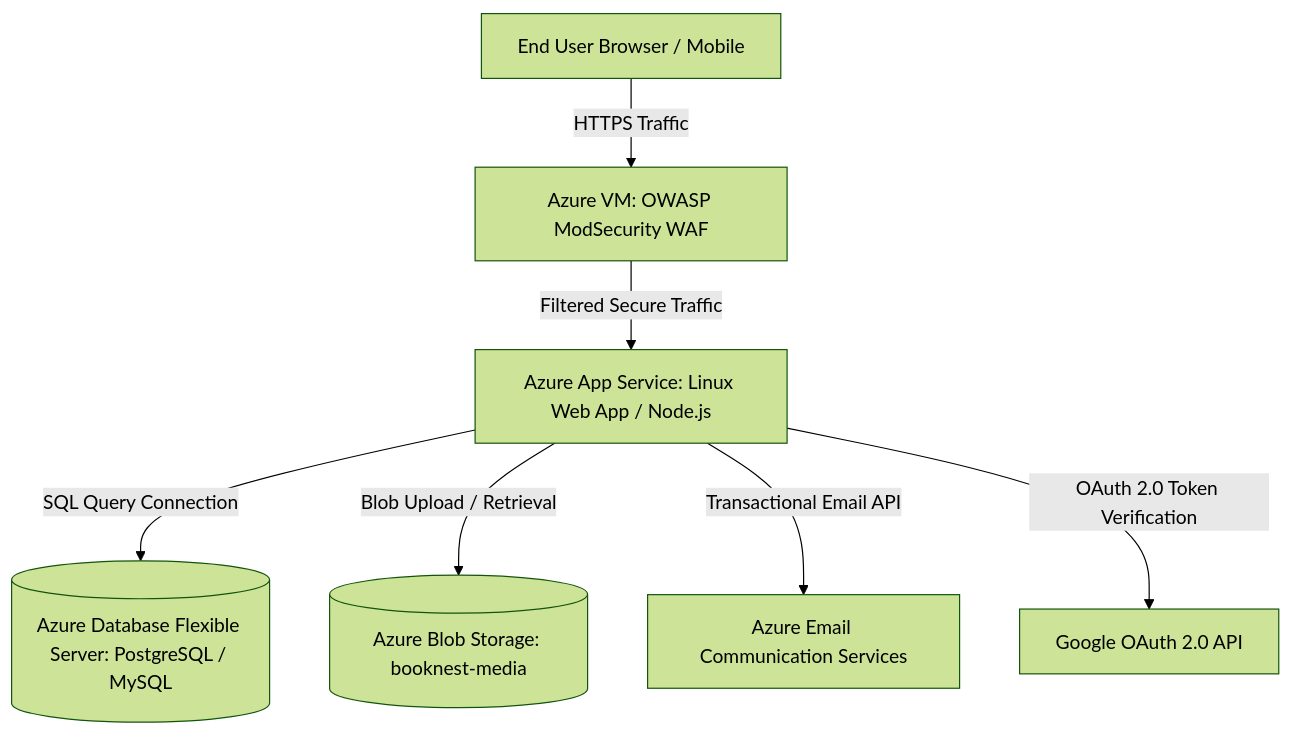
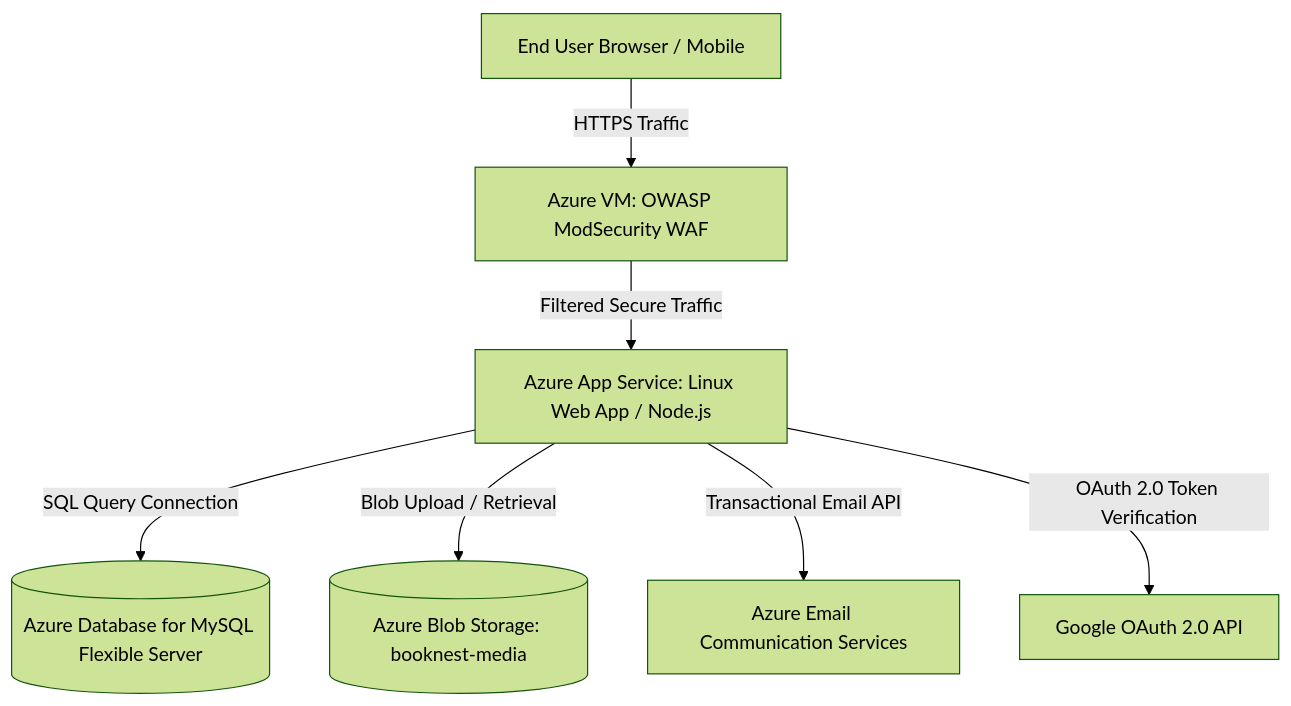
The diagram in AZURE_DEPLOYMENT_GUIDE.md (SupunED/IT42023), drawn with Mermaid (forest theme) before and after one commit. The commit also changed other lines of this file and 8 other files, not shown here.

Commit message:
removed sqlite dependancies entirely and migrated to sql. added sql schema file for future reference

````diff
--- a/AZURE_DEPLOYMENT_GUIDE.md
+++ b/AZURE_DEPLOYMENT_GUIDE.md
@@ -9,9 +9,9 @@
 ```mermaid
 graph TD
     Client[End User Browser / Mobile] -->|HTTPS Traffic| VM[Azure VM: OWASP ModSecurity WAF]
     VM -->|Filtered Secure Traffic| AppService[Azure App Service: Linux Web App / Node.js]
-    AppService -->|SQL Query Connection| DB[(Azure Database Flexible Server: PostgreSQL / MySQL)]
+    AppService -->|SQL Query Connection| DB[(Azure Database for MySQL Flexible Server)]
     AppService -->|Blob Upload / Retrieval| Storage[(Azure Blob Storage: booknest-media)]
     AppService -->|Transactional Email API| ACS[Azure Email Communication Services]
     AppService -->|OAuth 2.0 Token Verification| Google[Google OAuth 2.0 API]
 ```
````
